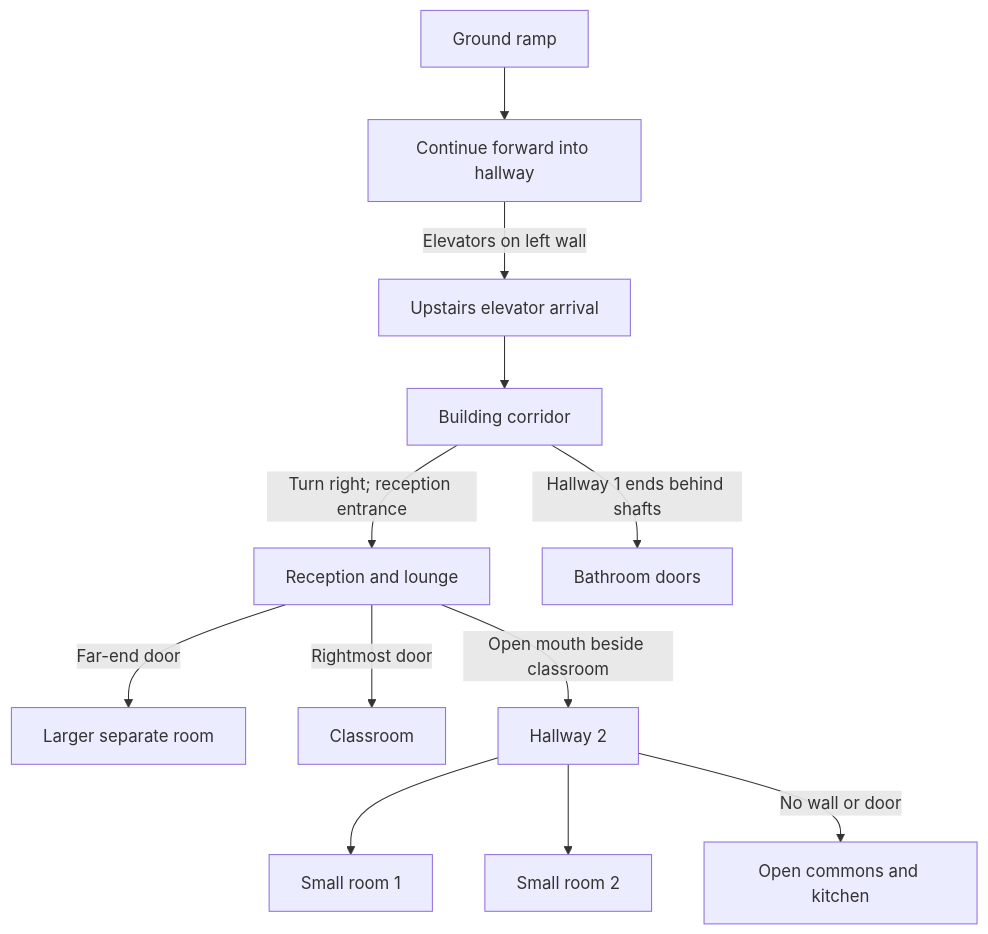
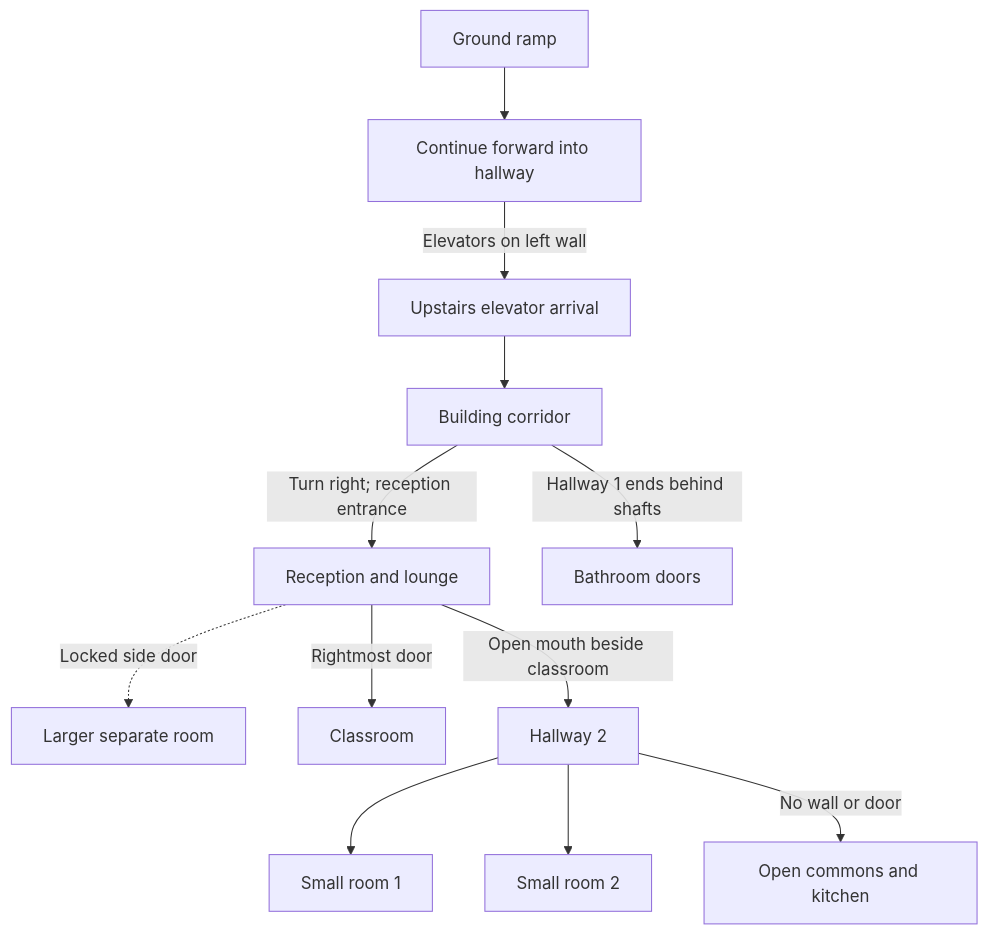
The diagram in Docs/Building-Review.md (D-Stukes/pursuit-game-multi-agent-system), drawn with Mermaid before and after one commit. The commit also changed other lines of this file and 12 other files, not shown here.

Commit message:
fix: revise reception kitchen and room access

````diff
--- a/Docs/Building-Review.md
+++ b/Docs/Building-Review.md
@@ -92,14 +96,14 @@
 ```mermaid
 flowchart TD
     Ramp[Ground ramp] --> Forward[Continue forward into hallway]
     Forward -->|Elevators on left wall| Lift[Upstairs elevator arrival]
     Lift --> Landing[Building corridor]
     Landing -->|Turn right; reception entrance| Reception[Reception and lounge]
     Landing -->|Hallway 1 ends behind shafts| Restrooms[Bathroom doors]
-    Reception -->|Far-end door| Large[Larger separate room]
+    Reception -.->|Locked side door| Large[Larger separate room]
     Reception -->|Rightmost door| Class[Classroom]
     Reception -->|Open mouth beside classroom| Hall[Hallway 2]
     Hall --> Small1[Small room 1]
     Hall --> Small2[Small room 2]
     Hall -->|No wall or door| Commons[Open commons and kitchen]
 ```
````
